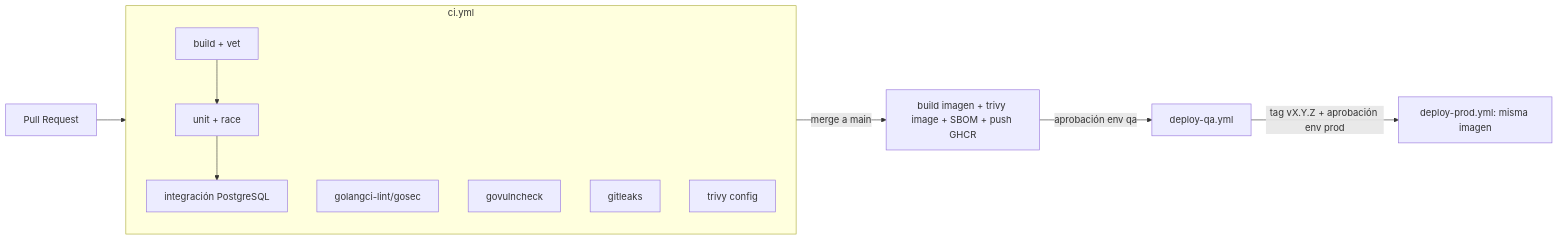
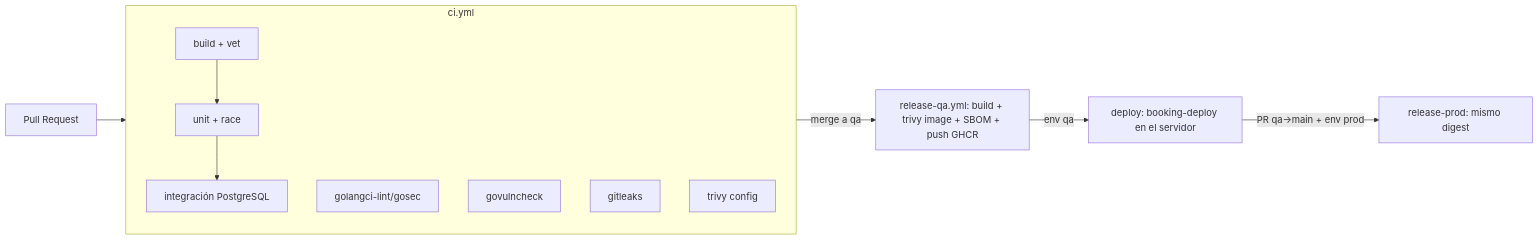
Before and after one commit to lhbotero1985/booking-platform-backend: the diagram in docs/architecture/devsecops.md, drawn with Mermaid. The commit also changed other lines of this file and 14 other files, not shown here.

````diff
--- a/docs/architecture/devsecops.md
+++ b/docs/architecture/devsecops.md
@@ -55,15 +59,15 @@
 ```mermaid
 flowchart LR
   PR[Pull Request] --> CI
   subgraph CI[ci.yml]
     B[build + vet] --> T[unit + race]
     T --> I[integración PostgreSQL]
     L[golangci-lint/gosec]
     V[govulncheck]
     S[gitleaks]
     TR[trivy config]
   end
-  CI -->|merge a main| IMG[build imagen + trivy image + SBOM + push GHCR]
-  IMG -->|aprobación env qa| QA[deploy-qa.yml]
-  QA -->|tag vX.Y.Z + aprobación env prod| PROD[deploy-prod.yml: misma imagen]
+  CI -->|merge a qa| IMG[release-qa.yml: build + trivy image + SBOM + push GHCR]
+  IMG -->|env qa| QA[deploy: booking-deploy en el servidor]
+  QA -->|PR qa→main + env prod| PROD[release-prod: mismo digest]
 ```
````
